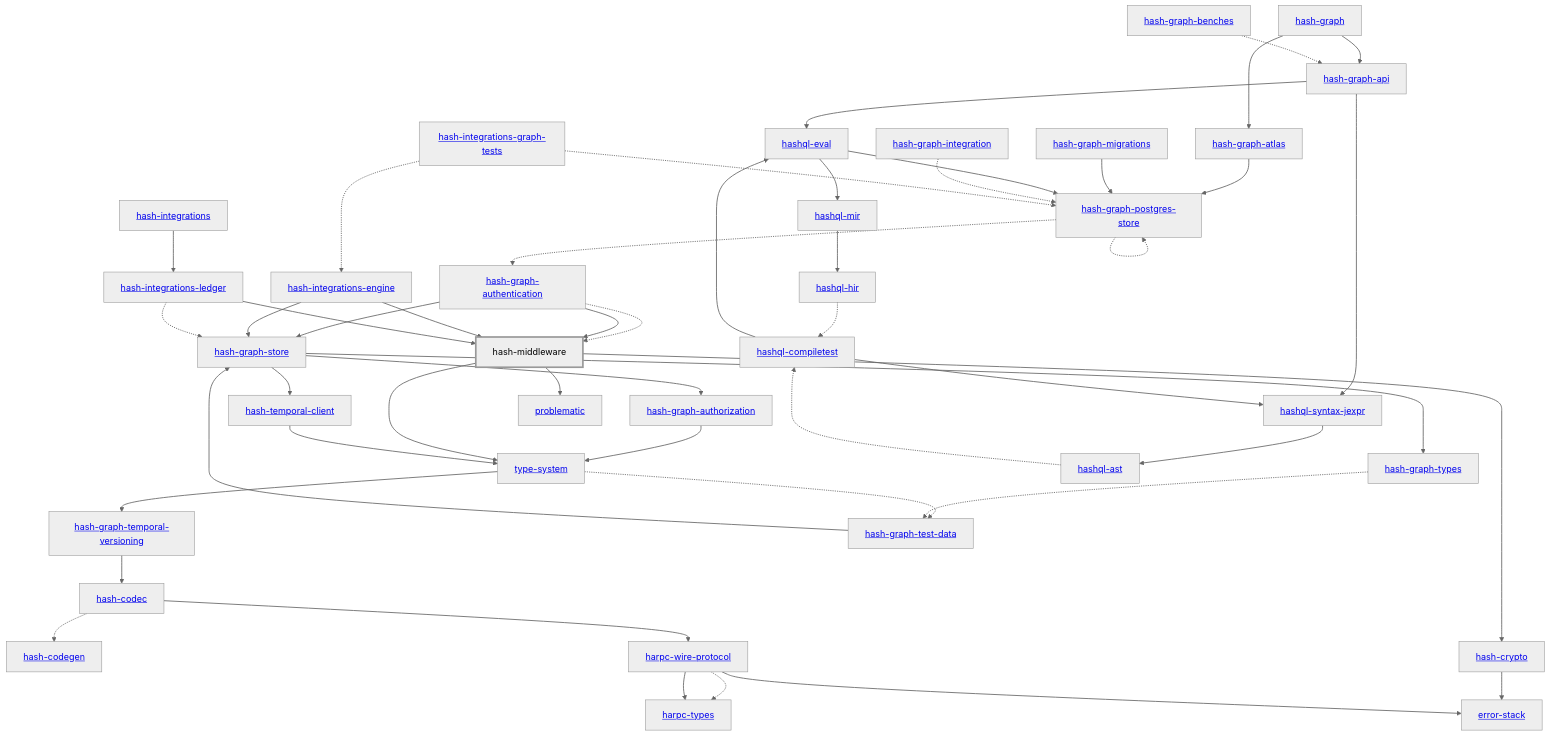
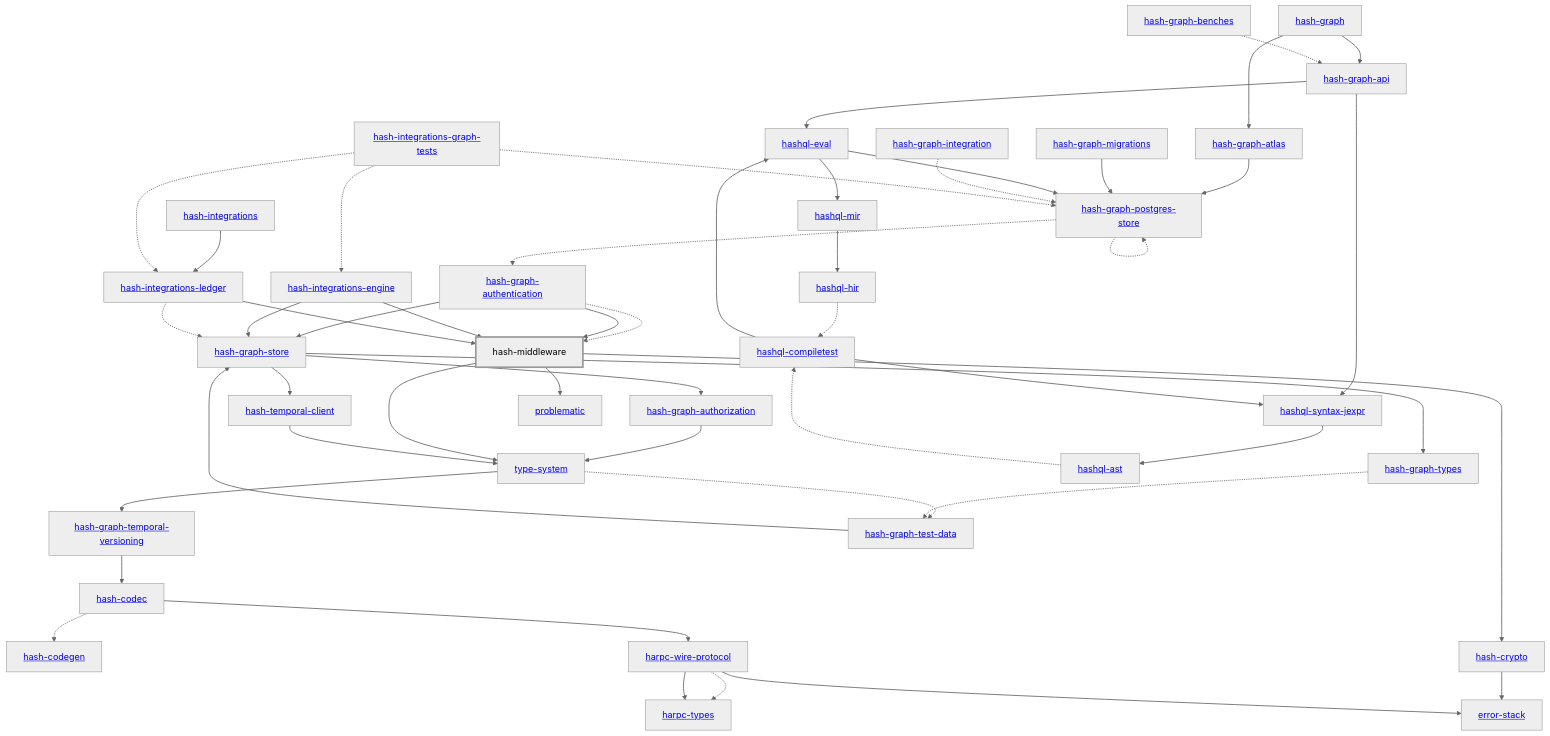
The diagram in libs/@local/middleware/docs/dependency-diagram.mmd (hashintel/hash), drawn with Mermaid (neutral theme) before and after one commit. The commit also changed 25 other files, not shown here.

Commit message:
Test two update rounds against a real Graph

```diff
--- a/libs/@local/middleware/docs/dependency-diagram.mmd
+++ b/libs/@local/middleware/docs/dependency-diagram.mmd
@@ -1,91 +1,92 @@
 graph TD
     linkStyle default stroke-width:1.5px
     classDef default stroke-width:1px
     classDef root stroke-width:3px
     classDef dev stroke-width:1px
     classDef build stroke-width:1px
     %% Legend
     %% --> : Normal dependency
     %% -.-> : Dev dependency
     %% ---> : Build dependency
     0[<a href="../hash_graph/index.html">hash-graph</a>]
     1[<a href="../hash_integrations/index.html">hash-integrations</a>]
     2[<a href="../type_system/index.html">type-system</a>]
     3[<a href="../hash_codec/index.html">hash-codec</a>]
     4[<a href="../hash_codegen/index.html">hash-codegen</a>]
     5[<a href="../hash_crypto/index.html">hash-crypto</a>]
     6[<a href="../hash_graph_api/index.html">hash-graph-api</a>]
     7[<a href="../hash_graph_atlas/index.html">hash-graph-atlas</a>]
     8[<a href="../hash_graph_authentication/index.html">hash-graph-authentication</a>]
     9[<a href="../hash_graph_authorization/index.html">hash-graph-authorization</a>]
     10[<a href="../hash_graph_migrations/index.html">hash-graph-migrations</a>]
     11[<a href="../hash_graph_postgres_store/index.html">hash-graph-postgres-store</a>]
     12[<a href="../hash_graph_store/index.html">hash-graph-store</a>]
     13[<a href="../hash_graph_temporal_versioning/index.html">hash-graph-temporal-versioning</a>]
     14[<a href="../hash_graph_types/index.html">hash-graph-types</a>]
     15[<a href="../harpc_types/index.html">harpc-types</a>]
     16[<a href="../harpc_wire_protocol/index.html">harpc-wire-protocol</a>]
     17[<a href="../hashql_ast/index.html">hashql-ast</a>]
     18[<a href="../hashql_compiletest/index.html">hashql-compiletest</a>]
     19[<a href="../hashql_eval/index.html">hashql-eval</a>]
     20[<a href="../hashql_hir/index.html">hashql-hir</a>]
     21[<a href="../hashql_mir/index.html">hashql-mir</a>]
     22[<a href="../hashql_syntax_jexpr/index.html">hashql-syntax-jexpr</a>]
     23[<a href="../hash_integrations_engine/index.html">hash-integrations-engine</a>]
     24[<a href="../hash_integrations_ledger/index.html">hash-integrations-ledger</a>]
     25[hash-middleware]
     class 25 root
     26[<a href="../hash_temporal_client/index.html">hash-temporal-client</a>]
     27[<a href="../error_stack/index.html">error-stack</a>]
     28[<a href="../problematic/index.html">problematic</a>]
     29[<a href="../hash_graph_benches/index.html">hash-graph-benches</a>]
     30[<a href="../hash_graph_integration/index.html">hash-graph-integration</a>]
     31[<a href="../hash_graph_test_data/index.html">hash-graph-test-data</a>]
     32[<a href="../hash_integrations_graph_tests/index.html">hash-integrations-graph-tests</a>]
     0 --> 6
     0 --> 7
     1 --> 24
     2 --> 13
     2 -.-> 31
     3 -.-> 4
     3 --> 16
     5 --> 27
     6 --> 19
     6 --> 22
     7 --> 11
     8 --> 12
     8 -.-> 25
     8 --> 25
     9 --> 2
     10 --> 11
     11 -.-> 8
     11 -.-> 11
     12 --> 9
     12 --> 14
     12 --> 26
     13 --> 3
     14 -.-> 31
     16 -.-> 15
     16 --> 15
     16 --> 27
     17 -.-> 18
     18 --> 19
     18 --> 22
     19 --> 11
     19 --> 21
     20 -.-> 18
     21 --> 20
     22 --> 17
     23 --> 12
     23 --> 25
     24 -.-> 12
     24 --> 25
     25 --> 2
     25 --> 5
     25 --> 28
     26 --> 2
     29 -.-> 6
     30 -.-> 11
     31 --> 12
     32 -.-> 11
     32 -.-> 23
+    32 -.-> 24
```
